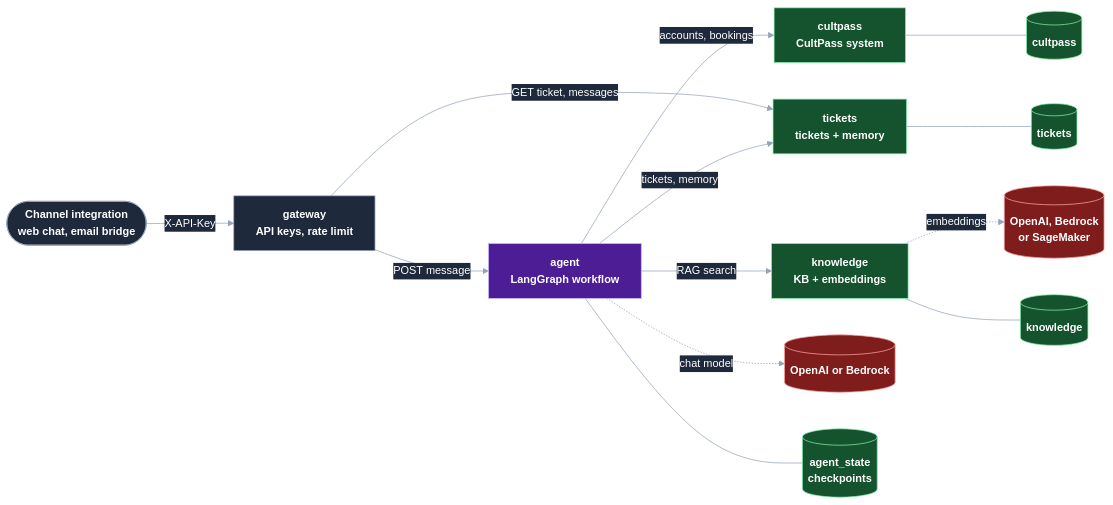
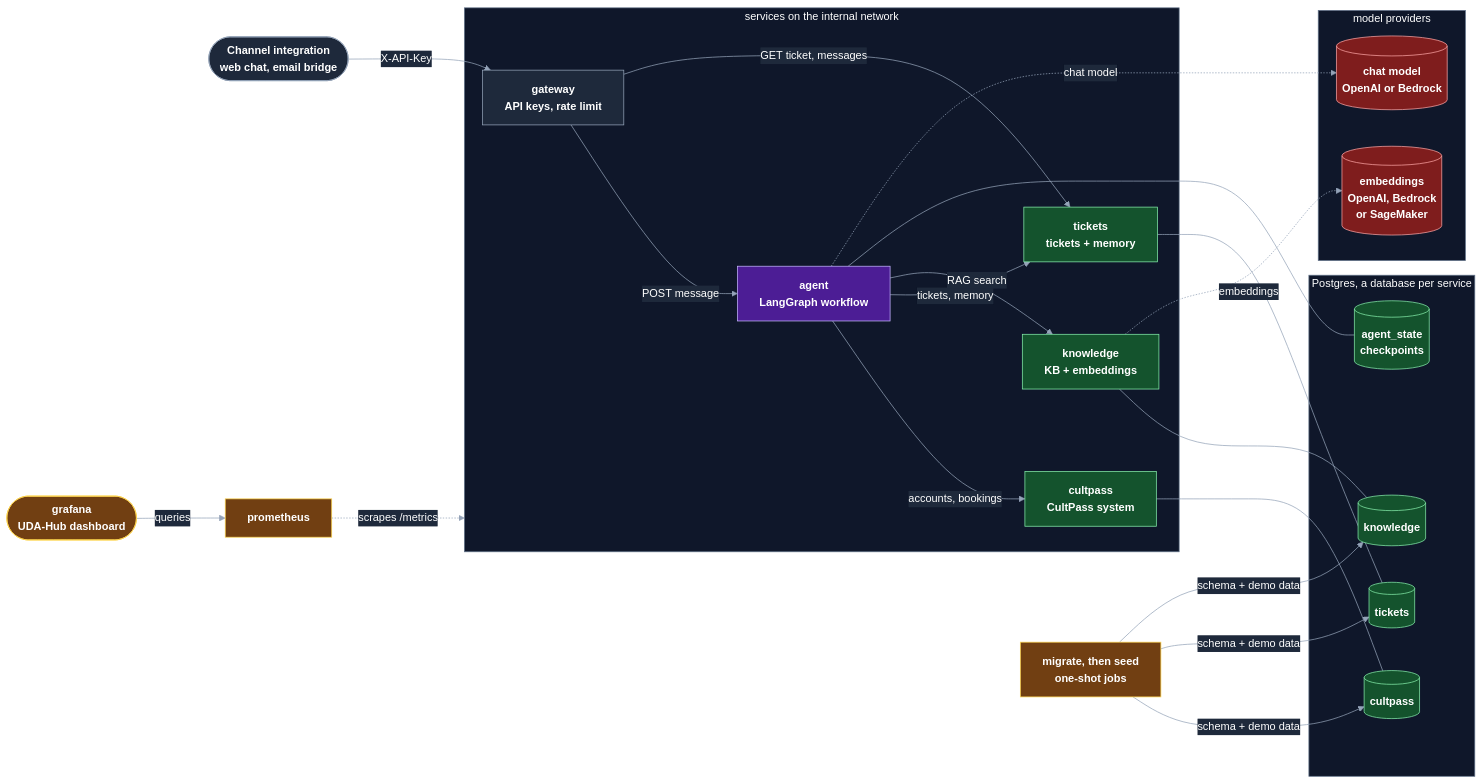
One commit to manish5593/uda-hub-multi-agent-bedrock changed the diagram in service/README.md. Above: the diagram before and after it, drawn with Mermaid. The commit also changed other lines of this file and 6 other files, not shown here.

First line of the commit message:
Bring the diagrams, report and READMEs up to date

````diff
--- a/service/README.md
+++ b/service/README.md
@@ -20,25 +20,50 @@
 ```mermaid
 %%{init: {"theme": "base", "themeVariables": {"fontSize": "15px", "background": "#0f172a", "lineColor": "#94a3b8", "textColor": "#ffffff", "primaryTextColor": "#ffffff", "edgeLabelBackground": "#1e293b", "tertiaryTextColor": "#ffffff"}}}%%
 graph LR
-    C([Channel integration<br/>web chat, email bridge]) -->|X-API-Key| GW[gateway<br/>API keys, rate limit]
-    GW -->|POST message| AG[agent<br/>LangGraph workflow]
+    C([Channel integration<br/>web chat, email bridge]) -->|X-API-Key| GW
+    subgraph SVC [services on the internal network]
+        GW[gateway<br/>API keys, rate limit]
+        AG[agent<br/>LangGraph workflow]
+        CP[cultpass<br/>CultPass system]
+        TS[tickets<br/>tickets + memory]
+        KS[knowledge<br/>KB + embeddings]
+    end
+    GW -->|POST message| AG
     GW -->|GET ticket, messages| TS
-    AG -->|accounts, bookings| CP[cultpass<br/>CultPass system]
-    AG -->|tickets, memory| TS[tickets<br/>tickets + memory]
-    AG -->|RAG search| KS[knowledge<br/>KB + embeddings]
-    AG -.->|chat model| LLM[(OpenAI or Bedrock)]
-    KS -.->|embeddings| EMB[(OpenAI, Bedrock<br/>or SageMaker)]
-    CP --- D1[(cultpass)]
-    TS --- D2[(tickets)]
-    KS --- D3[(knowledge)]
-    AG --- D4[(agent_state<br/>checkpoints)]
+    AG -->|accounts, bookings| CP
+    AG -->|tickets, memory| TS
+    AG -->|RAG search| KS
+    subgraph PG [Postgres, a database per service]
+        D1[(cultpass)]
+        D2[(tickets)]
+        D3[(knowledge)]
+        D4[(agent_state<br/>checkpoints)]
+    end
+    subgraph MODELS [model providers]
+        LLM[(chat model<br/>OpenAI or Bedrock)]
+        EMB[(embeddings<br/>OpenAI, Bedrock<br/>or SageMaker)]
+    end
+    CP --- D1
+    TS --- D2
+    KS --- D3
+    AG --- D4
+    AG -.->|chat model| LLM
+    KS -.->|embeddings| EMB
+    JOBS[migrate, then seed<br/>one-shot jobs] -->|schema + demo data| D1 & D2 & D3
+    PR[prometheus] -.->|scrapes /metrics| SVC
+    GF([grafana<br/>UDA-Hub dashboard]) -->|queries| PR
 
     classDef edge fill:#1e293b,stroke:#94a3b8,color:#ffffff,font-weight:bold
     classDef agent fill:#4c1d95,stroke:#c4b5fd,color:#ffffff,font-weight:bold
     classDef data fill:#14532d,stroke:#86efac,color:#ffffff,font-weight:bold
     classDef ext fill:#7f1d1d,stroke:#fca5a5,color:#ffffff,font-weight:bold
+    classDef ops fill:#713f12,stroke:#fcd34d,color:#ffffff,font-weight:bold
     class C,GW edge
     class AG agent
     class CP,TS,KS,D1,D2,D3,D4 data
     class LLM,EMB ext
+    class JOBS,PR,GF ops
+    style SVC fill:#0f172a,stroke:#64748b,color:#ffffff
+    style PG fill:#0f172a,stroke:#64748b,color:#ffffff
+    style MODELS fill:#0f172a,stroke:#64748b,color:#ffffff
 ```
````
